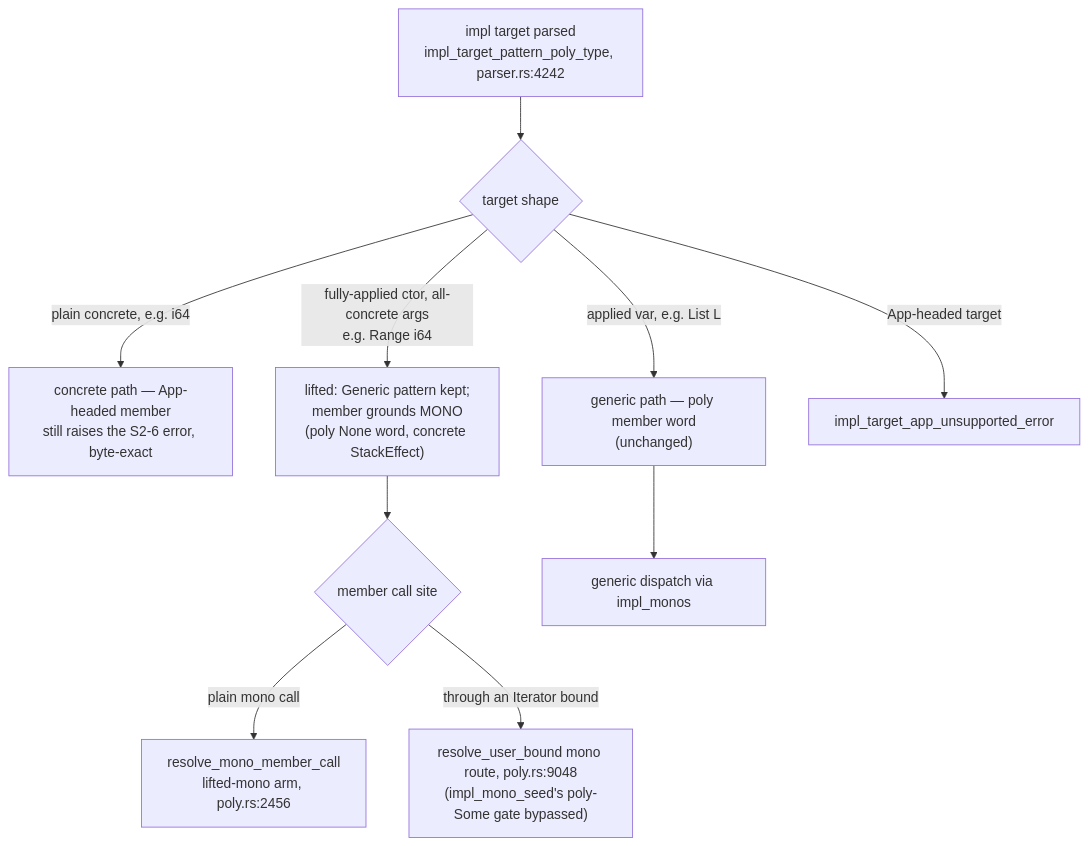
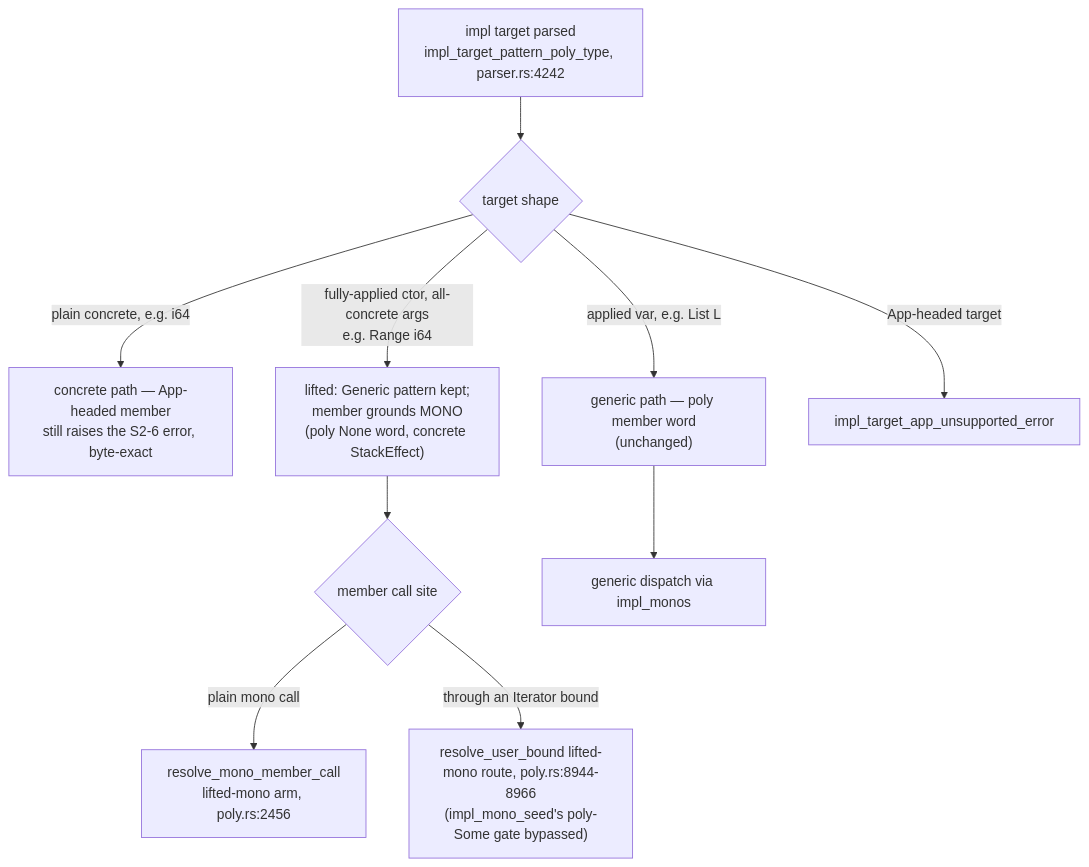
The diagram in docs/roadmap/P7b/slice8-spec.md (Istar-Eldritch/sooth), drawn with Mermaid before and after one commit. The commit also changed other lines of this file and 4 other files, not shown here.

````diff
--- a/docs/roadmap/P7b/slice8-spec.md
+++ b/docs/roadmap/P7b/slice8-spec.md
@@ -100,12 +100,12 @@
 ```mermaid
 flowchart TD
     A["impl target parsed<br/>impl_target_pattern_poly_type, parser.rs:4242"] --> B{"target shape"}
     B -->|plain concrete, e.g. i64| C["concrete path — App-headed member<br/>still raises the S2-6 error, byte-exact"]
     B -->|fully-applied ctor, all-concrete args<br/>e.g. Range i64| D["lifted: Generic pattern kept;<br/>member grounds MONO<br/>(poly None word, concrete StackEffect)"]
     B -->|applied var, e.g. List L| E["generic path — poly member word<br/>(unchanged)"]
     B -->|App-headed target| F["impl_target_app_unsupported_error"]
     D --> G{"member call site"}
     G -->|plain mono call| H["resolve_mono_member_call<br/>lifted-mono arm, poly.rs:2456"]
-    G -->|through an Iterator bound| I["resolve_user_bound mono route, poly.rs:9048<br/>(impl_mono_seed's poly-Some gate bypassed)"]
+    G -->|through an Iterator bound| I["resolve_user_bound lifted-mono route, poly.rs:8944-8966<br/>(impl_mono_seed's poly-Some gate bypassed)"]
     E --> J["generic dispatch via impl_monos"]
 ```
````
